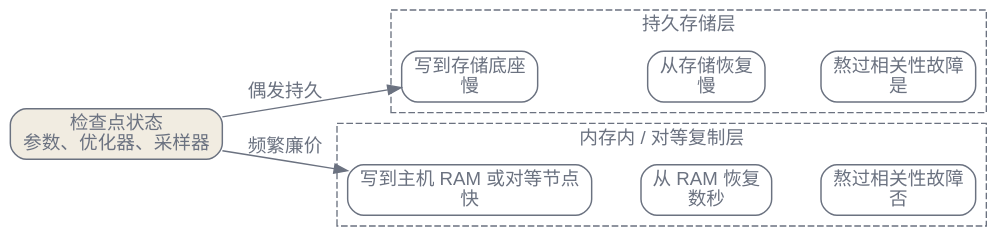
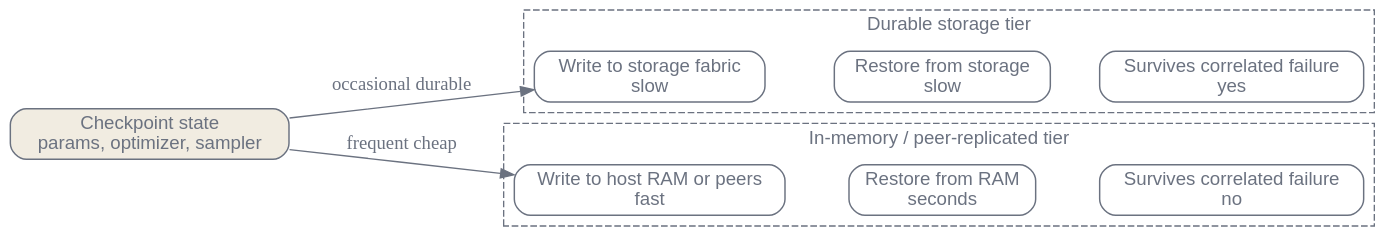
One commit to latere-ai/ai-as-an-infrastructure changed the second of 3 diagrams in zh/p7-infrastructure/31-orchestration-data-infra.qmd. Above: the diagram before and after it, drawn with Graphviz. The commit also changed other lines of this file and 106 other files, not shown here.

````diff
--- a/zh/p7-infrastructure/31-orchestration-data-infra.qmd
+++ b/zh/p7-infrastructure/31-orchestration-data-infra.qmd
@@ -128,38 +83,38 @@
 ```{dot}
 //| label: fig-orchestration-checkpoint-tiers
 //| fig-cap: "两派检查点。持久存储层写入与恢复都慢，但能熬过相关性故障；内存内或对等复制层两个方向都快，但若集群有足够多的部分同时宕掉就会丢失。多数运行将二者组合。"
 digraph {
   bgcolor="transparent";
   rankdir=LR;
   node [shape=box, style=rounded, fontname="Helvetica", color="#6b7280", fontcolor="#6b7280", penwidth=1.1];
   edge [color="#6b7280", fontcolor="#6b7280"];
 
   subgraph cluster_durable {
-    label="持久存储层";
+    label="Durable storage tier";
     fontname="Helvetica";
     fontcolor="#6b7280";
     color="#6b7280";
     style=dashed;
-    DW [label="写到存储底座\n慢"];
-    DR [label="从存储恢复\n慢"];
-    DS [label="熬过相关性故障\n是"];
+    DW [label="Write to storage fabric\nslow"];
+    DR [label="Restore from storage\nslow"];
+    DS [label="Survives correlated failure\nyes"];
   }
 
   subgraph cluster_fast {
-    label="内存内 / 对等复制层";
+    label="In-memory / peer-replicated tier";
     fontname="Helvetica";
     fontcolor="#6b7280";
     color="#6b7280";
     style=dashed;
-    FW [label="写到主机 RAM 或对等节点\n快"];
-    FR [label="从 RAM 恢复\n数秒"];
-    FS [label="熬过相关性故障\n否"];
+    FW [label="Write to host RAM or peers\nfast"];
+    FR [label="Restore from RAM\nseconds"];
+    FS [label="Survives correlated failure\nno"];
   }
 
-  State [label="检查点状态\n参数、优化器、采样器", shape=box, style="rounded,filled", fillcolor="#f1ece1"];
-  State -> DW [label="偶发持久"];
-  State -> FW [label="频繁廉价"];
+  State [label="Checkpoint state\nparams, optimizer, sampler", shape=box, style="rounded,filled", fillcolor="#f1ece1"];
+  State -> DW [label="occasional durable"];
+  State -> FW [label="frequent cheap"];
   DW -> DR -> DS [style=invis];
   FW -> FR -> FS [style=invis];
 }
 ```
````
